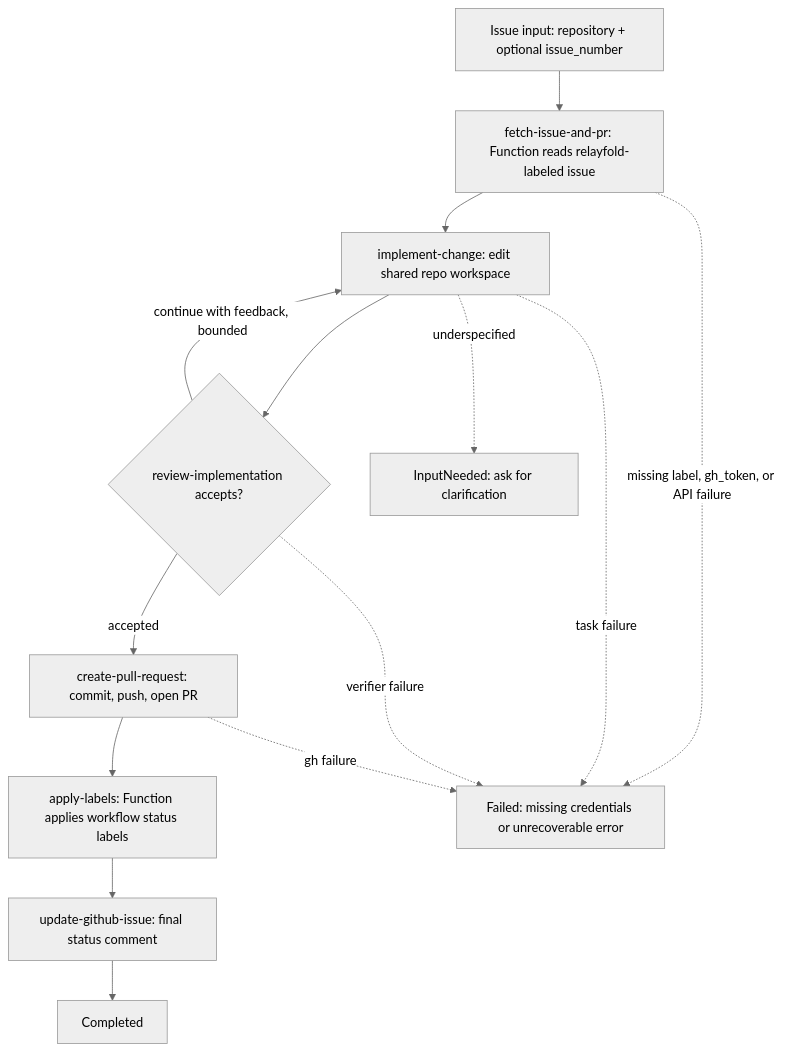
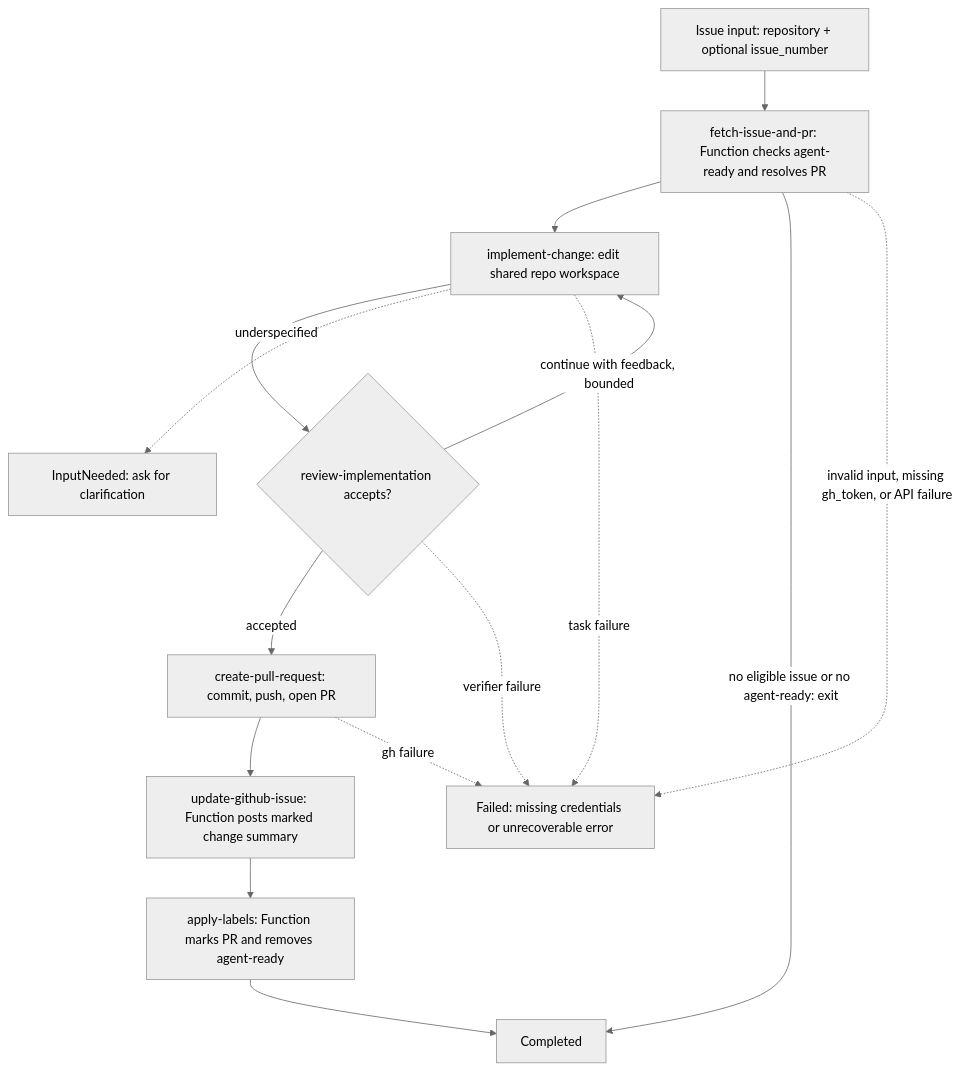
Before and after one commit to parsablelabs/relayfold: the diagram in website/src/content/docs/docs/examples/github-issue-pr-workflow.md, drawn with Mermaid (neutral theme). The commit also changed other lines of this file and 62 other files, not shown here.

```diff
--- a/website/src/content/docs/docs/examples/github-issue-pr-workflow.md
+++ b/website/src/content/docs/docs/examples/github-issue-pr-workflow.md
@@ -62,26 +81,27 @@
 <pre class="mermaid">
 flowchart TD
     Input["Issue input: repository + optional issue_number"]
-    Fetch["fetch-issue-and-pr: Function reads relayfold-labeled issue"]
+    Fetch["fetch-issue-and-pr: Function checks agent-ready and resolves PR"]
     Implement["implement-change: edit shared repo workspace"]
     Review{"review-implementation accepts?"}
     PR["create-pull-request: commit, push, open PR"]
-    Mark["apply-labels: Function applies workflow status labels"]
-    Comment["update-github-issue: final status comment"]
+    Mark["apply-labels: Function marks PR and removes agent-ready"]
+    Comment["update-github-issue: Function posts marked change summary"]
     Done["Completed"]
     Clarify["InputNeeded: ask for clarification"]
     Failed["Failed: missing credentials or unrecoverable error"]
     Input --> Fetch
     Fetch --> Implement
     Implement --> Review
     Review -->|continue with feedback, bounded| Implement
     Review -->|accepted| PR
-    PR --> Mark
-    Mark --> Comment
-    Comment --> Done
+    PR --> Comment
+    Comment --> Mark
+    Mark --> Done
+    Fetch -->|no eligible issue or no agent-ready: exit| Done
     Implement -. underspecified .-> Clarify
-    Fetch -. missing label, gh_token, or API failure .-> Failed
+    Fetch -. invalid input, missing gh_token, or API failure .-> Failed
     Implement -. task failure .-> Failed
     Review -. verifier failure .-> Failed
     PR -. gh failure .-> Failed
 </pre>
```
